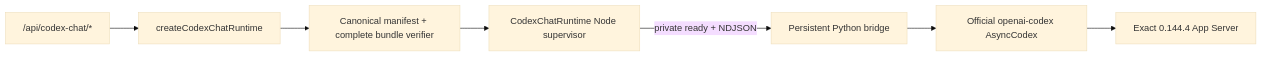
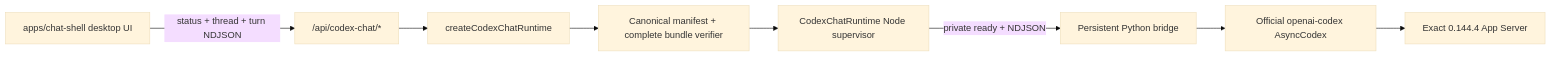
Before and after one commit to Mureung1/hub-showcase: the second of 2 diagrams in docs/architecture/runtime-harness-implementation-map.md, drawn with Mermaid (base theme). The commit also changed other lines of this file and 29 other files, not shown here.

Commit message:
feat: add nominal Codex Chat shell

````diff
--- a/docs/architecture/runtime-harness-implementation-map.md
+++ b/docs/architecture/runtime-harness-implementation-map.md
@@ -79,17 +80,19 @@
 ```mermaid
 flowchart LR
+  Shell["apps/chat-shell desktop UI"]
   Http["/api/codex-chat/*"]
   Factory["createCodexChatRuntime"]
   Verifier["Canonical manifest + complete bundle verifier"]
   Node["CodexChatRuntime Node supervisor"]
   Python["Persistent Python bridge"]
   SDK["Official openai-codex AsyncCodex"]
   Native["Exact 0.144.4 App Server"]
 
+  Shell -->|"status + thread + turn NDJSON"| Http
   Http --> Factory
   Factory --> Verifier
   Verifier --> Node
   Node -->|"private ready + NDJSON"| Python
   Python --> SDK
   SDK --> Native
 ```
````
